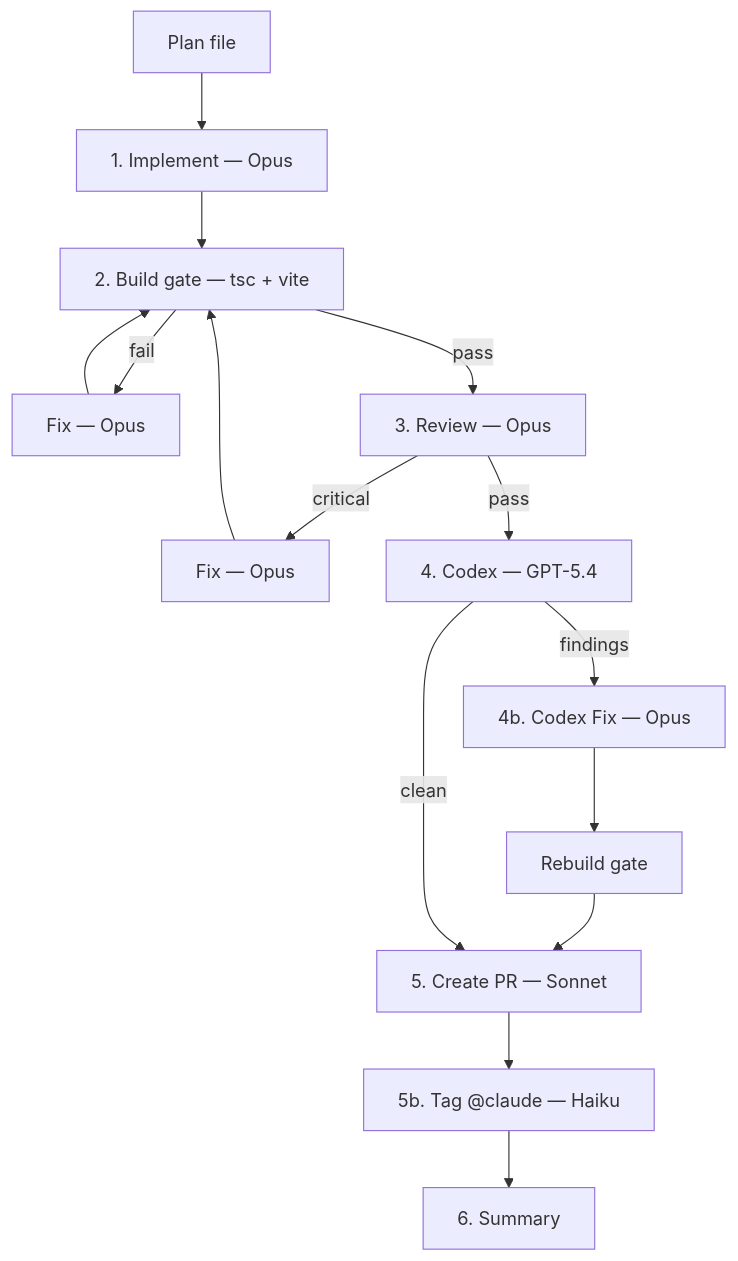
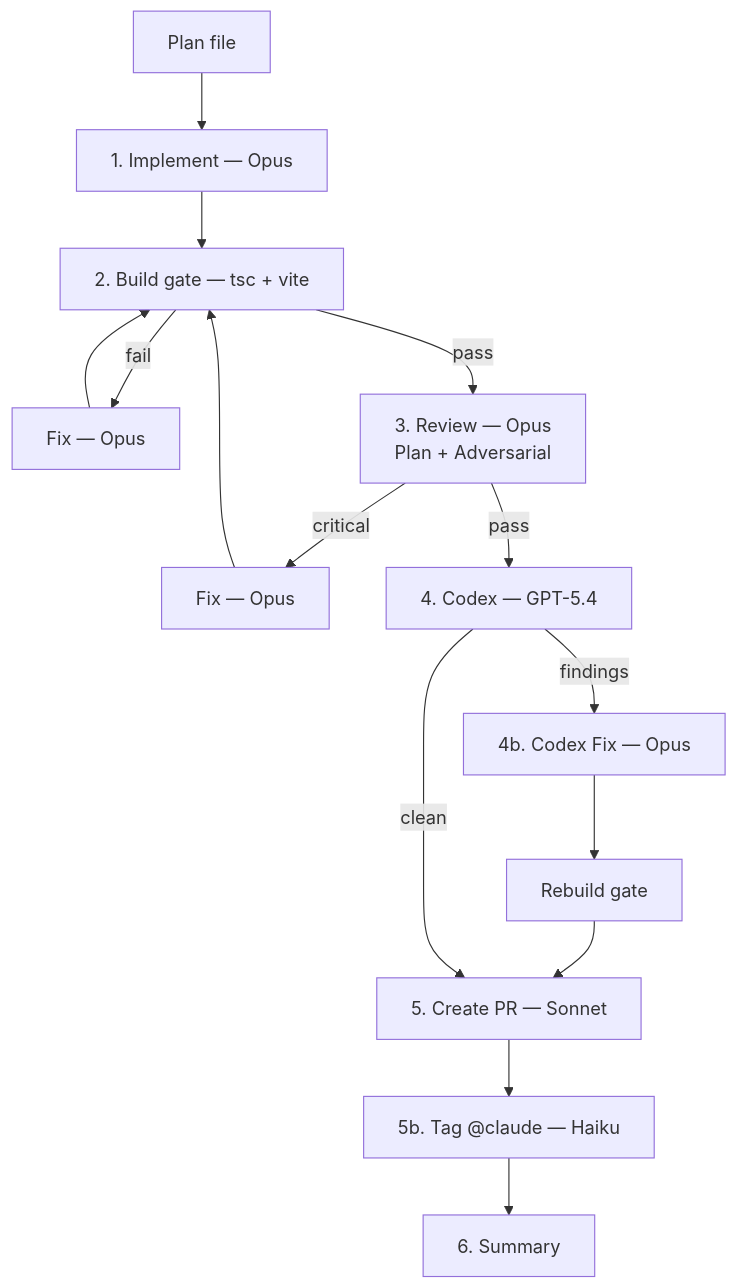
One commit to ilsantino/iago-os changed the first of 3 diagrams in README.md. Above: the diagram before and after it, drawn with Mermaid. The commit also changed 6 other files, not shown here.

First line of the commit message:
feat(pipeline): expand step 3 review with adversarial checks

````diff
--- a/README.md
+++ b/README.md
@@ -116,17 +116,18 @@
 ```mermaid
 flowchart TD
     Plan[Plan file] --> Impl[1. Implement — Opus]
     Impl --> Build[2. Build gate — tsc + vite]
     Build -->|fail| Fix[Fix — Opus]
     Fix --> Build
-    Build -->|pass| Review[3. Review — Opus]
+    Build -->|pass| Review["3. Review — Opus
+    Plan + Adversarial"]
     Review -->|critical| Fix2[Fix — Opus]
     Fix2 --> Build
     Review -->|pass| Codex[4. Codex — GPT-5.4]
     Codex -->|findings| CdxFix[4b. Codex Fix — Opus]
     CdxFix --> Rebuild[Rebuild gate]
     Rebuild --> PR[5. Create PR — Sonnet]
     Codex -->|clean| PR
     PR --> Tag[5b. Tag @claude — Haiku]
     Tag --> Summary[6. Summary]
 ```
````
